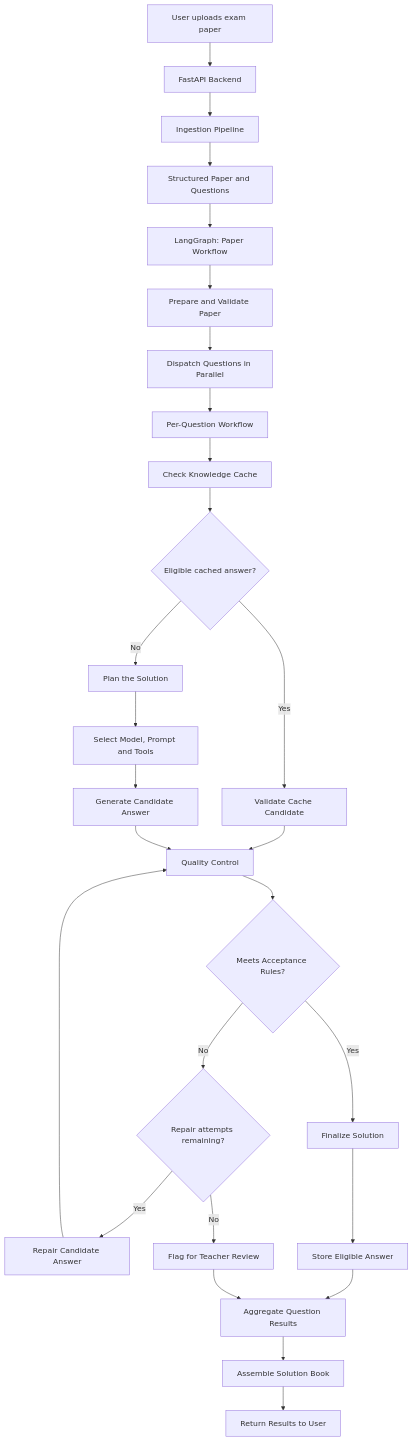
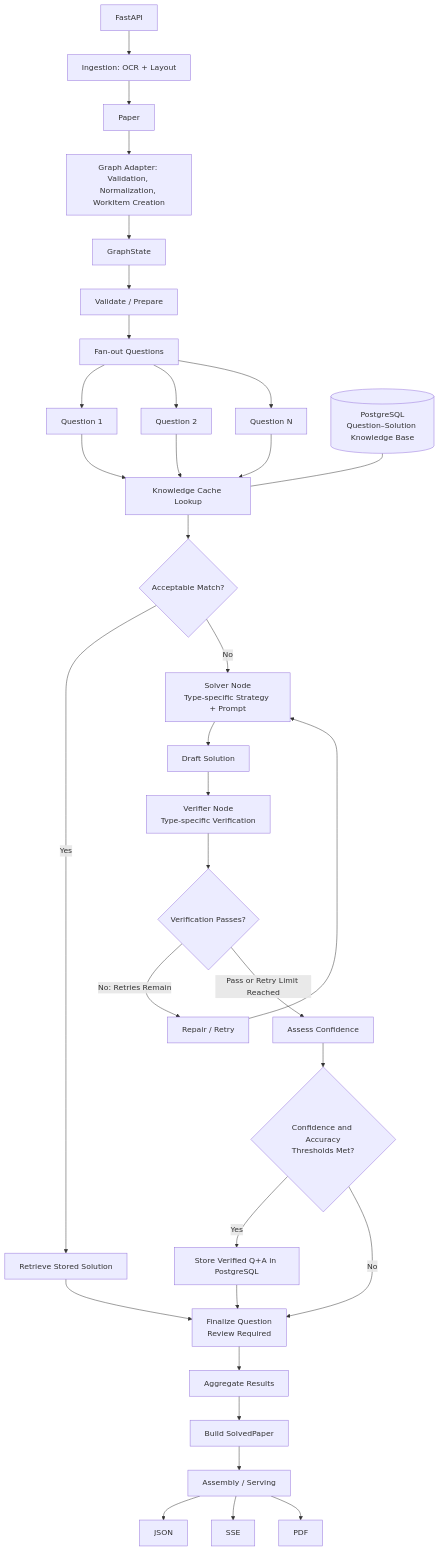
One commit to yugal072/answer-book changed the diagram in docs/Agent_Architecture.md. Above: the diagram before and after it, drawn with Mermaid.

Commit message:
updated architecture

````diff
--- a/docs/Agent_Architecture.md
+++ b/docs/Agent_Architecture.md
@@ -22,38 +22,46 @@
 ```mermaid
 flowchart TD
-    A["User uploads exam paper"] --> B["FastAPI Backend"]
-    B --> C["Ingestion Pipeline"]
-    C --> D["Structured Paper and Questions"]
-    D --> E["LangGraph: Paper Workflow"]
+    A[FastAPI] --> B[Ingestion: OCR + Layout]
+    B --> C[Paper]
+    C --> D[Graph Adapter: Validation, Normalization, WorkItem Creation]
+    D --> E[GraphState]
+    E --> F[Validate / Prepare]
+    F --> G[Fan-out Questions]
 
-    E --> F["Prepare and Validate Paper"]
-    F --> G["Dispatch Questions in Parallel"]
+    G --> Q1[Question 1]
+    G --> Q2[Question 2]
+    G --> QN[Question N]
 
-    G --> H["Per-Question Workflow"]
+    Q1 --> K[Knowledge Cache Lookup]
+    Q2 --> K
+    QN --> K
 
-    H --> I["Check Knowledge Cache"]
-    I --> J{"Eligible cached answer?"}
+    DB[(PostgreSQL<br/>Question–Solution Knowledge Base)]
+    DB --- K
 
-    J -- Yes --> K["Validate Cache Candidate"]
-    J -- No --> L["Plan the Solution"]
+    K --> M{Acceptable Match?}
+    M -->|Yes| R[Retrieve Stored Solution]
+    M -->|No| S[Solver Node<br/>Type-specific Strategy + Prompt]
 
-    K --> M["Quality Control"]
-    L --> N["Select Model, Prompt and Tools"]
-    N --> O["Generate Candidate Answer"]
-    O --> M
+    S --> T[Draft Solution]
+    T --> V[Verifier Node<br/>Type-specific Verification]
+    V --> W{Verification Passes?}
 
-    M --> P{"Meets Acceptance Rules?"}
-    P -- Yes --> Q["Finalize Solution"]
-    P -- No --> R{"Repair attempts remaining?"}
+    W -->|No: Retries Remain| X[Repair / Retry]
+    X --> S
+    W -->|Pass or Retry Limit Reached| AC[Assess Confidence]
 
-    R -- Yes --> S["Repair Candidate Answer"]
-    S --> M
-    R -- No --> T["Flag for Teacher Review"]
+    AC --> TH{Confidence and Accuracy<br/>Thresholds Met?}
+    TH -->|Yes| ST[Store Verified Q+A in PostgreSQL]
+    TH -->|No| FQ[Finalize Question<br/>Review Required]
 
-    Q --> U["Store Eligible Answer"]
-    U --> V["Aggregate Question Results"]
-    T --> V
+    R --> FQ
+    ST --> FQ
+    FQ --> AG[Aggregate Results]
+    AG --> SP[Build SolvedPaper]
+    SP --> AS[Assembly / Serving]
 
-    V --> W["Assemble Solution Book"]
-    W --> X["Return Results to User"]
+    AS --> J[JSON]
+    AS --> SSE[SSE]
+    AS --> PDF[PDF]
 ```
````
